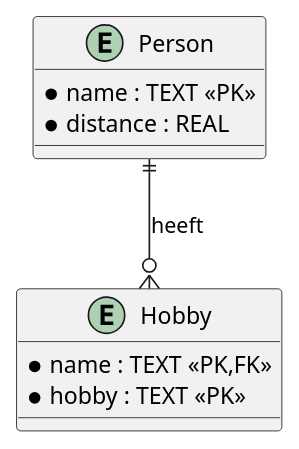
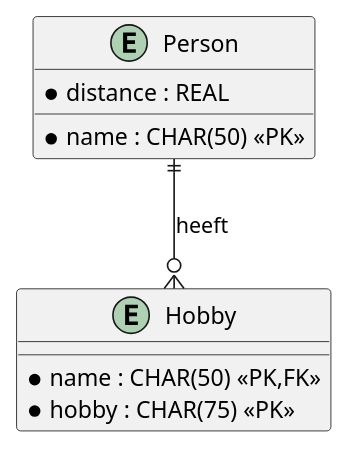
The diagram in documentatie/SDD/ERD.puml (bartvanderwal/P1-Eindapplicatie), drawn with PlantUML before and after one commit. The commit also changed 2 other files, not shown here.

Commit message:
Maxlength van 75 op hobby.

```diff
--- a/documentatie/SDD/ERD.puml
+++ b/documentatie/SDD/ERD.puml
@@ -1,13 +1,13 @@
 @startuml
 entity "Person" {
-  * name : TEXT <<PK>>
+  * name : CHAR(50) <<PK>>
   * distance : REAL
 }
 
 entity "Hobby" {
-  * name : TEXT <<PK,FK>>
-  * hobby : TEXT <<PK>>
+  * name : CHAR(50) <<PK,FK>>
+  * hobby : CHAR(75) <<PK>>
 }
 
 Person ||--o{ Hobby : heeft
 @enduml
```
